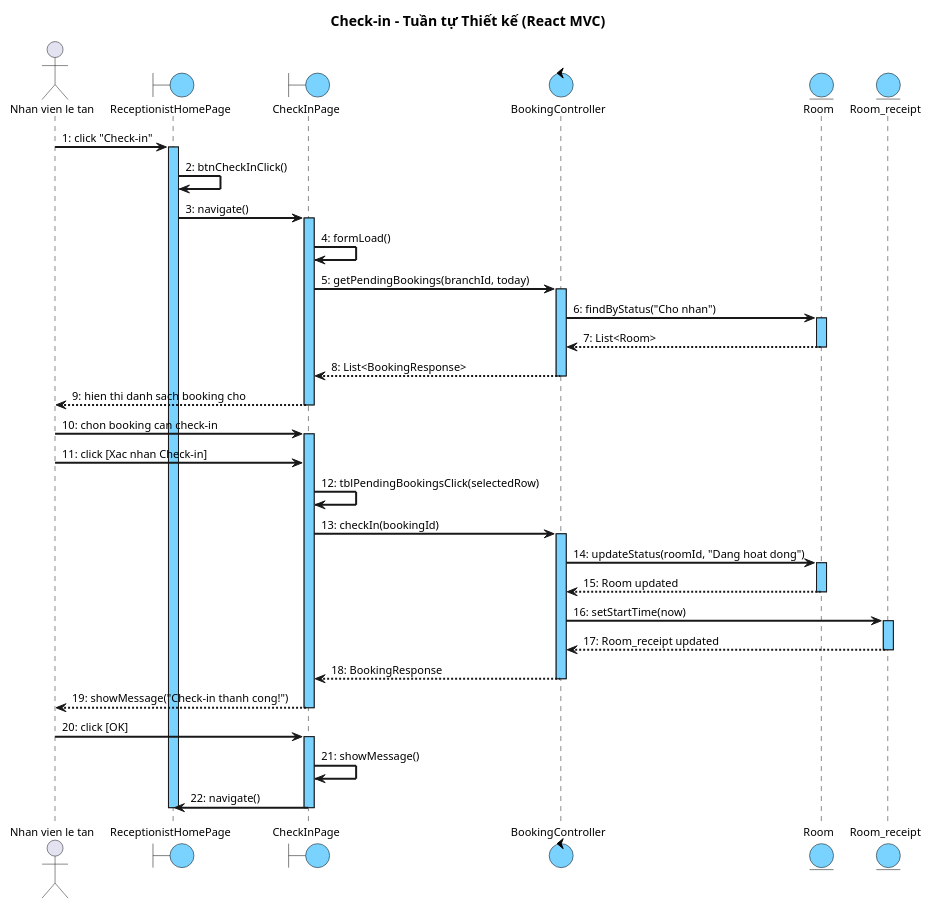
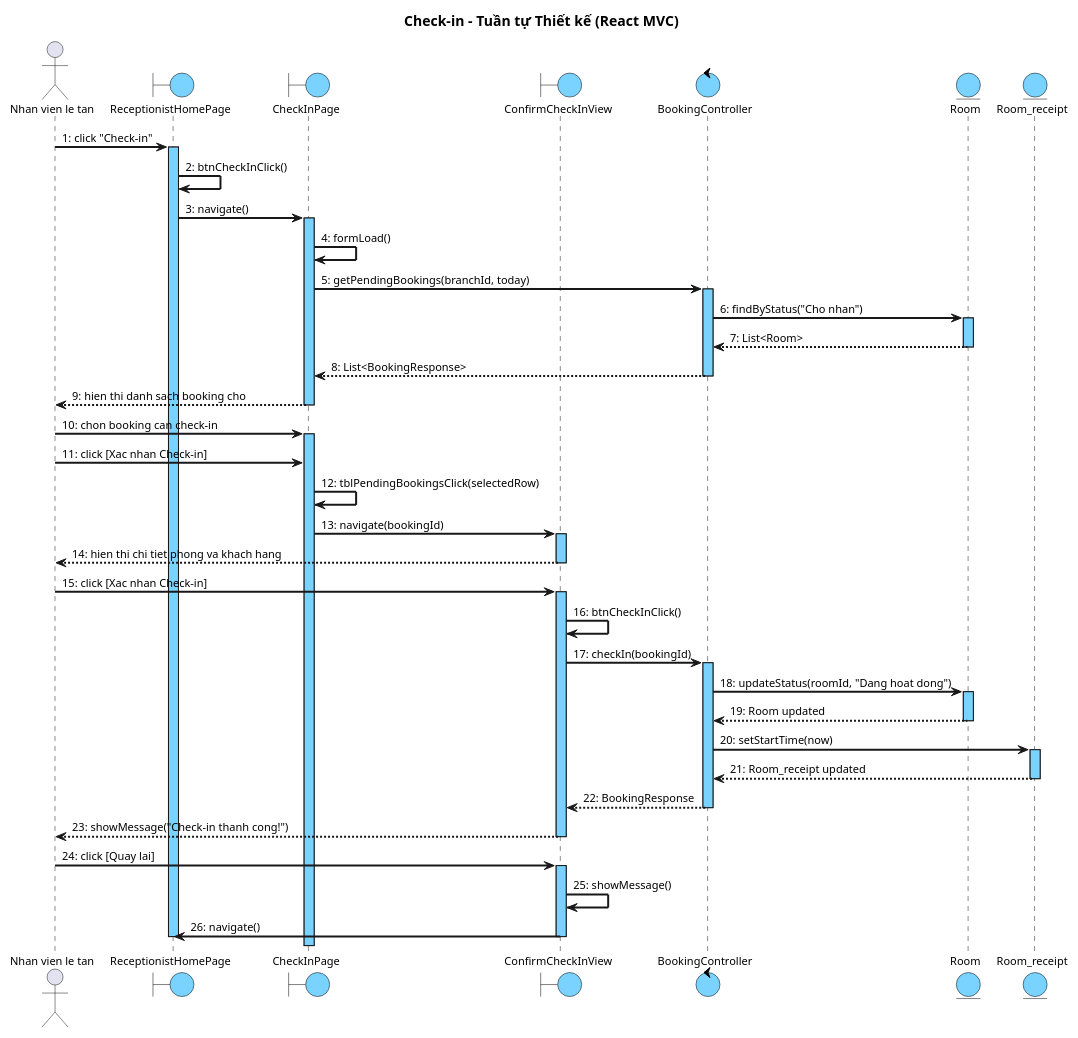
The second of 4 diagrams in docs/tabs/section-booking-iii.4.md (thanhtrnnn/cnpm), drawn with PlantUML before and after one commit. The commit also changed other lines of this file and 4 other files, not shown here.

First line of the commit message:
fix: rewrite design sequence diagrams — exact step match, fix heading hierarchy, remove duplicate content

````diff
--- a/docs/tabs/section-booking-iii.4.md
+++ b/docs/tabs/section-booking-iii.4.md
@@ -184,69 +173,78 @@
 ```plantuml
 @startuml
 skinparam shadowing false
 skinparam defaultFontSize 11
 skinparam SequenceMessageAlign left
 skinparam SequenceArrowThickness 2
 skinparam SequenceLifeLineBackgroundColor #7AD2FF
 skinparam ParticipantBackgroundColor #7AD2FF
 skinparam ParticipantBorderColor black
 skinparam BoundaryBackgroundColor #7AD2FF
 skinparam BoundaryBorderColor black
 skinparam ControlBackgroundColor #7AD2FF
 skinparam ControlBorderColor black
 skinparam EntityBackgroundColor #7AD2FF
 skinparam EntityBorderColor black
 
 title Check-in – Tuần tự Thiết kế (React MVC)
 
 actor "Nhan vien le tan" as NV
 boundary "ReceptionistHomePage" as Home
 boundary "CheckInPage" as CIP
+boundary "ConfirmCheckInView" as CCV
 control "BookingController" as Ctrl
 entity "Room" as Room
 entity "Room_receipt" as RR
 
 NV -> Home : 1: click "Check-in"
 activate Home
 Home -> Home : 2: btnCheckInClick()
 Home -> CIP : 3: navigate()
 activate CIP
 CIP -> CIP : 4: formLoad()
 CIP -> Ctrl : 5: getPendingBookings(branchId, today)
 activate Ctrl
 Ctrl -> Room : 6: findByStatus("Cho nhan")
 activate Room
 Room --> Ctrl : 7: List<Room>
 deactivate Room
 Ctrl --> CIP : 8: List<BookingResponse>
 deactivate Ctrl
 CIP --> NV : 9: hien thi danh sach booking cho
 deactivate CIP
 
 NV -> CIP : 10: chon booking can check-in
 activate CIP
 NV -> CIP : 11: click [Xac nhan Check-in]
 CIP -> CIP : 12: tblPendingBookingsClick(selectedRow)
-CIP -> Ctrl : 13: checkIn(bookingId)
+CIP -> CCV : 13: navigate(bookingId)
+activate CCV
+CCV --> NV : 14: hien thi chi tiet phong va khach hang
+deactivate CCV
+
+NV -> CCV : 15: click [Xac nhan Check-in]
+activate CCV
+CCV -> CCV : 16: btnCheckInClick()
+CCV -> Ctrl : 17: checkIn(bookingId)
 activate Ctrl
-Ctrl -> Room : 14: updateStatus(roomId, "Dang hoat dong")
+Ctrl -> Room : 18: updateStatus(roomId, "Dang hoat dong")
 activate Room
-Room --> Ctrl : 15: Room updated
+Room --> Ctrl : 19: Room updated
 deactivate Room
-Ctrl -> RR : 16: setStartTime(now)
+Ctrl -> RR : 20: setStartTime(now)
 activate RR
-RR --> Ctrl : 17: Room_receipt updated
+RR --> Ctrl : 21: Room_receipt updated
 deactivate RR
-Ctrl --> CIP : 18: BookingResponse
+Ctrl --> CCV : 22: BookingResponse
 deactivate Ctrl
-CIP --> NV : 19: showMessage("Check-in thanh cong!")
-deactivate CIP
+CCV --> NV : 23: showMessage("Check-in thanh cong!")
+deactivate CCV
 
-NV -> CIP : 20: click [OK]
-activate CIP
-CIP -> CIP : 21: showMessage()
-CIP -> Home : 22: navigate()
-deactivate CIP
+NV -> CCV : 24: click [Quay lai]
+activate CCV
+CCV -> CCV : 25: showMessage()
+CCV -> Home : 26: navigate()
+deactivate CCV
 deactivate Home
 @enduml
 ```
````
